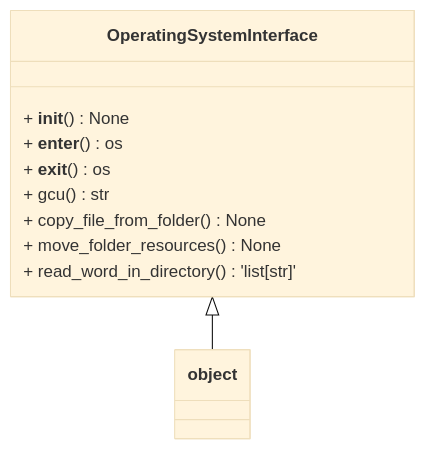
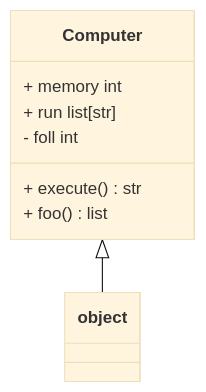
The diagram in output/design_doc.md (kesler20/draw-uml-backend), drawn with Mermaid (base theme) before and after one commit. The commit also changed 20 other files, not shown here.

````diff
--- a/output/design_doc.md
+++ b/output/design_doc.md
@@ -3,11 +3,9 @@
 ```mermaid
 classDiagram
-   OperatingSystemInterface <|-- object
-   OperatingSystemInterface : + __init__() None
-   OperatingSystemInterface : + __enter__() os
-   OperatingSystemInterface : + __exit__() os
-   OperatingSystemInterface : + gcu() str
-   OperatingSystemInterface : + copy_file_from_folder() None
-   OperatingSystemInterface : + move_folder_resources() None
-   OperatingSystemInterface : + read_word_in_directory() 'list[str]'
+   Computer <|-- object
+   Computer : + memory int
+   Computer : + run list[str]
+   Computer : - foll int
+   Computer : + execute() str
+   Computer : + foo() list
 ```
````
